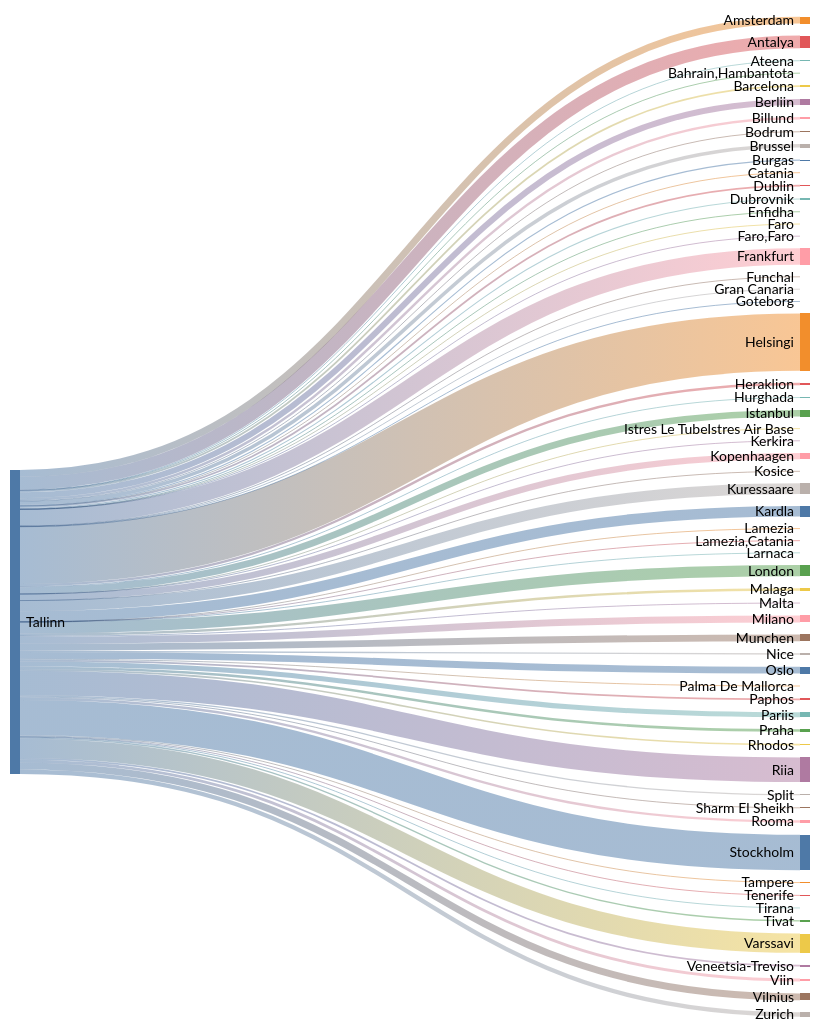
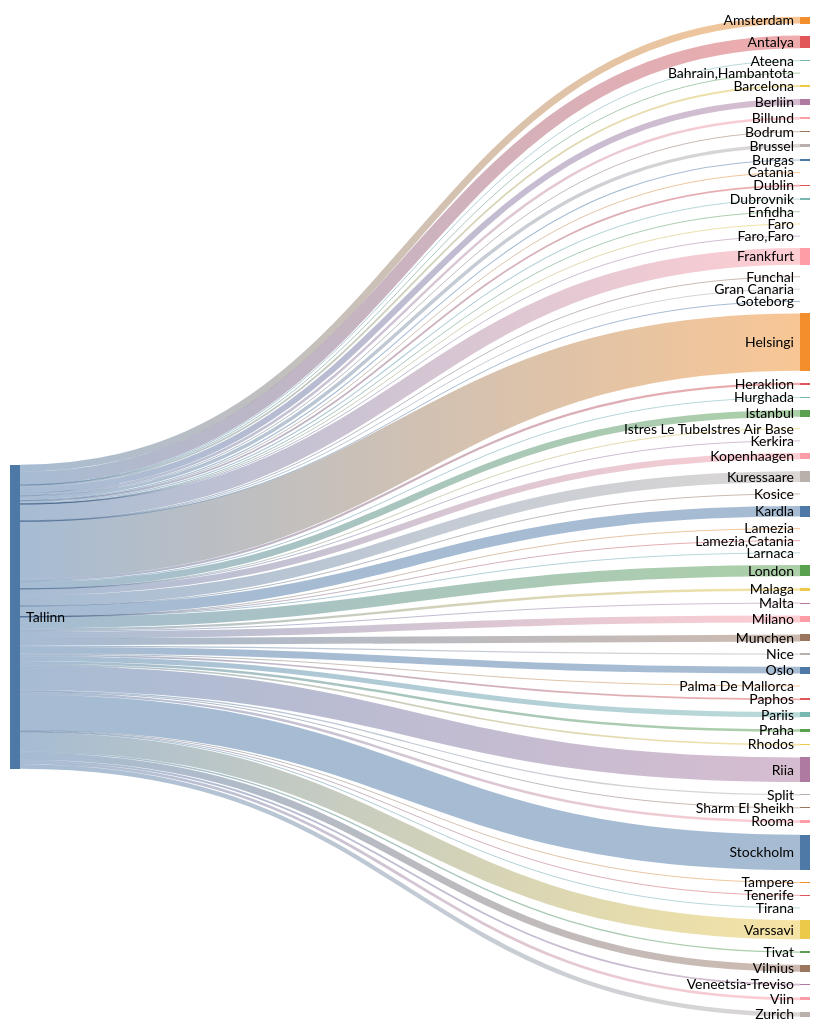
The second of 2 diagrams in README.md (rainermesi/tll-airport-departures), drawn with Mermaid (forest theme) before and after one commit. The commit also changed other lines of this file, not shown here.

````diff
--- a/README.md
+++ b/README.md
@@ -34,72 +34,72 @@
 ```mermaid
 ---
 config:
   sankey:
     showValues: false
     width: 800
     height: 1000
 ---
 sankey-beta
 %% source,target,value
-Tallinn,Amsterdam,135
+Tallinn,Amsterdam,136
 Tallinn,Antalya,249
 Tallinn,Ateena,16
 Tallinn,"Bahrain,Hambantota",1
 Tallinn,Barcelona,35
-Tallinn,Berliin,117
+Tallinn,Berliin,118
 Tallinn,Billund,49
 Tallinn,Bodrum,11
 Tallinn,Brussel,69
 Tallinn,Burgas,21
 Tallinn,Catania,2
-Tallinn,Dublin,34
+Tallinn,Dublin,35
 Tallinn,Dubrovnik,21
 Tallinn,Enfidha,7
 Tallinn,Faro,4
 Tallinn,"Faro,Faro",1
-Tallinn,Frankfurt,322
+Tallinn,Frankfurt,324
 Tallinn,Funchal,5
 Tallinn,Gran Canaria,10
 Tallinn,Goteborg,1
-Tallinn,Helsingi,1119
+Tallinn,Helsingi,1125
 Tallinn,Heraklion,46
-Tallinn,Hurghada,15
-Tallinn,Istanbul,130
+Tallinn,Hurghada,17
+Tallinn,Istanbul,131
 Tallinn,Istres Le TubeIstres Air Base,2
 Tallinn,Kerkira,4
 Tallinn,Kopenhaagen,125
 Tallinn,Kosice,1
-Tallinn,Kuressaare,207
-Tallinn,Kardla,207
+Tallinn,Kuressaare,208
+Tallinn,Kardla,208
 Tallinn,Lamezia,1
 Tallinn,"Lamezia,Catania",3
 Tallinn,Larnaca,4
-Tallinn,London,221
+Tallinn,London,223
 Tallinn,Malaga,47
 Tallinn,Malta,15
 Tallinn,Milano,137
-Tallinn,Munchen,135
+Tallinn,Munchen,136
 Tallinn,Nice,25
 Tallinn,Oslo,134
 Tallinn,Palma De Mallorca,19
 Tallinn,Paphos,34
 Tallinn,Pariis,99
 Tallinn,Praha,49
 Tallinn,Rhodos,32
-Tallinn,Riia,481
+Tallinn,Riia,485
 Tallinn,Rooma,47
 Tallinn,Sharm El Sheikh,18
 Tallinn,Split,25
-Tallinn,Stockholm,692
+Tallinn,Stockholm,695
 Tallinn,Tampere,17
 Tallinn,Tenerife,15
 Tallinn,Tirana,8
 Tallinn,Tivat,26
-Tallinn,Varssavi,377
+Tallinn,Varssavi,379
 Tallinn,Veneetsia-Treviso,35
-Tallinn,Viin,55
+Tallinn,Viin,56
 Tallinn,Vilnius,135
-Tallinn,Zurich,84
+Tallinn,Zurich,85
 
 
 ```
````
